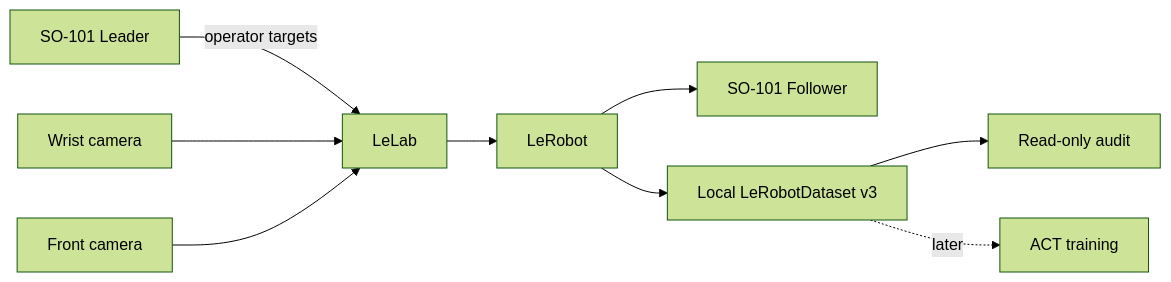
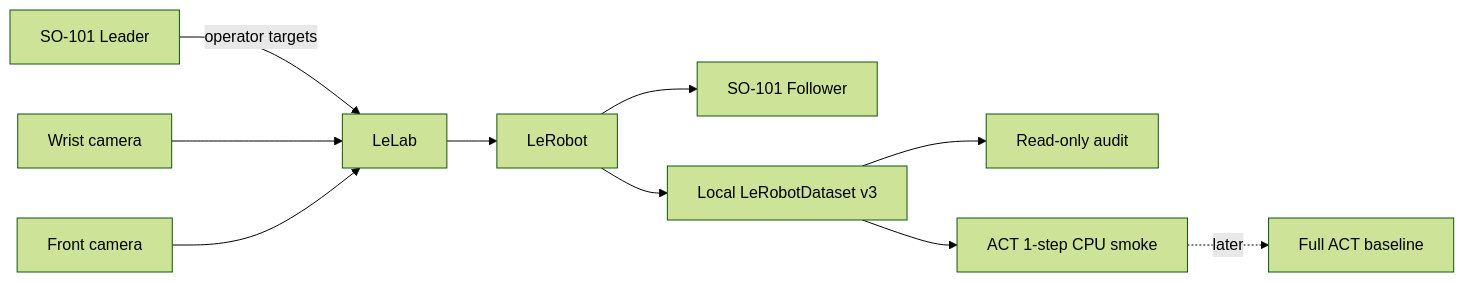
The diagram in README.md (sgyliu8/LeRobot), drawn with Mermaid (forest theme) before and after one commit. The commit also changed other lines of this file and 4 other files, not shown here.

````diff
--- a/README.md
+++ b/README.md
@@ -48,11 +48,12 @@
 ```mermaid
 flowchart LR
     L[SO-101 Leader] -->|operator targets| LL[LeLab]
     W[Wrist camera] --> LL
     F[Front camera] --> LL
     LL --> LR[LeRobot]
     LR --> R[SO-101 Follower]
     LR --> D[Local LeRobotDataset v3]
     D --> A[Read-only audit]
-    D -. later .-> T[ACT training]
+    D --> S[ACT 1-step CPU smoke]
+    S -. later .-> T[Full ACT baseline]
 ```
````
